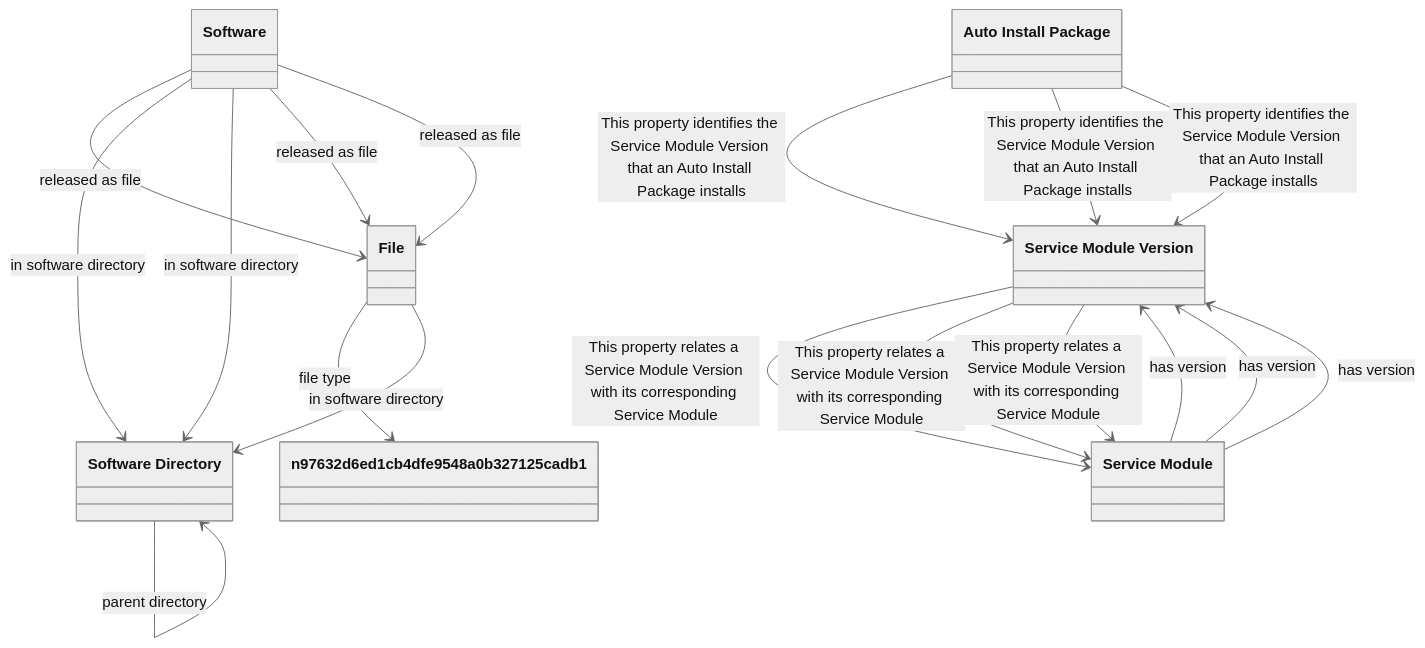
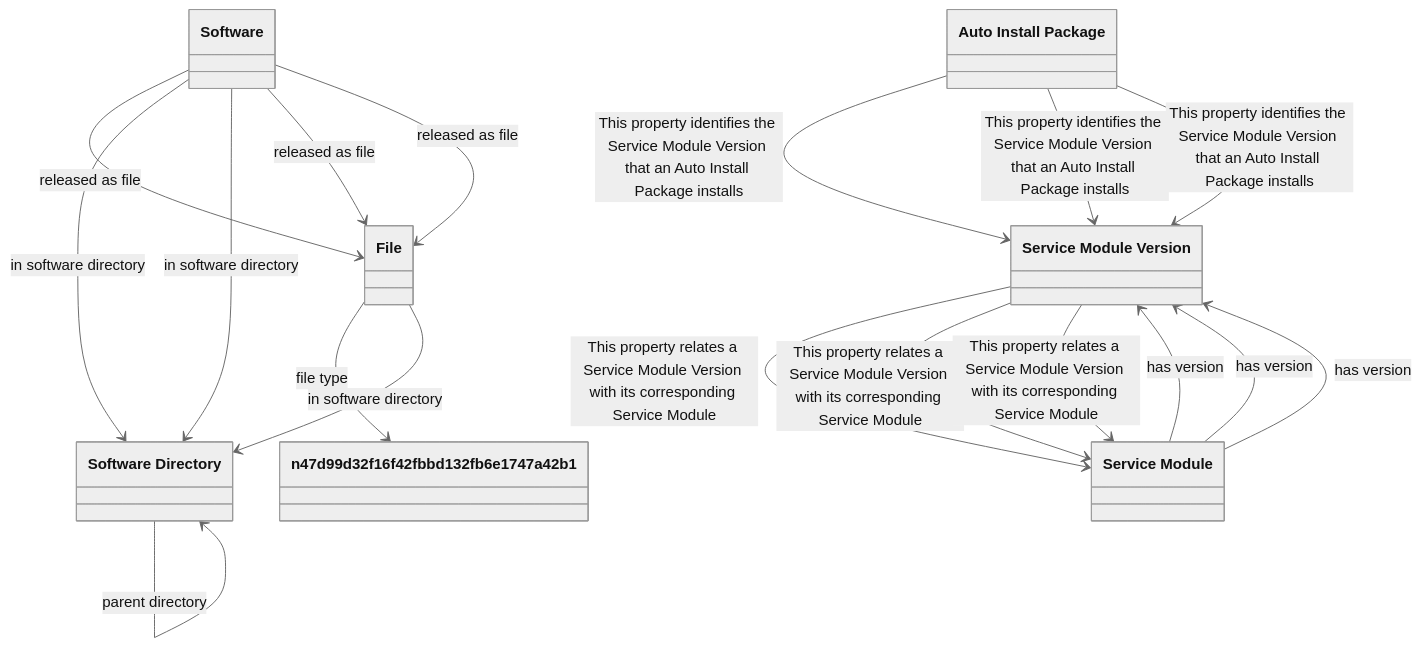
One commit to oeg-upm/Devos changed the diagram in output/ieswc_freq/software.ttl-freq-7-0-hard.md. Above: the diagram before and after it, drawn with Mermaid (neutral theme). The commit also changed 267 other files, not shown here.

````diff
--- a/output/ieswc_freq/software.ttl-freq-7-0-hard.md
+++ b/output/ieswc_freq/software.ttl-freq-7-0-hard.md
@@ -1,73 +1,73 @@
 ```mermaid
 	classDiagram
 
     
     class `File` {
     
     }
 
     class `Software` {
     
     }
 
     class `Software Directory` {
     
     }
 
     class `Service Module Version` {
     
     }
 
     class `Service Module` {
     
     }
 
     class `Auto Install Package` {
     
     }
 
-    class `n97632d6ed1cb4dfe9548a0b327125cadb1` {
+    class `n47d99d32f16f42fbbd132fb6e1747a42b1` {
     
     }
 
 
 
+`File`  --> `n47d99d32f16f42fbbd132fb6e1747a42b1`   :file type  
+
+`Service Module Version`  --> `Service Module`   :This property relates a Service Module Version with its corresponding Service Module  
+
+`Service Module`  --> `Service Module Version`   :has version  
+
 `Software`  --> `File`   :released as file  
-
-`Software Directory`  --> `Software Directory`   :parent directory  
 
 `Auto Install Package`  --> `Service Module Version`   :This property identifies the Service Module Version that an Auto Install Package installs  
 
-`File`  --> `n97632d6ed1cb4dfe9548a0b327125cadb1`   :file type  
+`Software Directory`  --> `Software Directory`   :parent directory  
 
 `File`  --> `Software Directory`   :in software directory  
 
 `Service Module Version`  --> `Service Module`   :This property relates a Service Module Version with its corresponding Service Module  
+
+`Service Module Version`  --> `Service Module`   :This property relates a Service Module Version with its corresponding Service Module  
+
+`Service Module`  --> `Service Module Version`   :has version  
 
 `Service Module`  --> `Service Module Version`   :has version  
 
 `Software`  --> `Software Directory`   :in software directory  
 
 `Software`  --> `Software Directory`   :in software directory  
 
-`Service Module`  --> `Service Module Version`   :has version  
+`Software`  --> `File`   :released as file  
 
 `Software`  --> `File`   :released as file  
 
-`Software`  --> `File`   :released as file  
+`Auto Install Package`  --> `Service Module Version`   :This property identifies the Service Module Version that an Auto Install Package installs  
 
 `Software Directory`  --> `Software Directory`   :parent directory  
 
 `Software Directory`  --> `Software Directory`   :parent directory  
 
 `Auto Install Package`  --> `Service Module Version`   :This property identifies the Service Module Version that an Auto Install Package installs  
 
-`Service Module Version`  --> `Service Module`   :This property relates a Service Module Version with its corresponding Service Module  
-
-`Auto Install Package`  --> `Service Module Version`   :This property identifies the Service Module Version that an Auto Install Package installs  
-
-`Service Module Version`  --> `Service Module`   :This property relates a Service Module Version with its corresponding Service Module  
-
-`Service Module`  --> `Service Module Version`   :has version  
-
 ```
````
